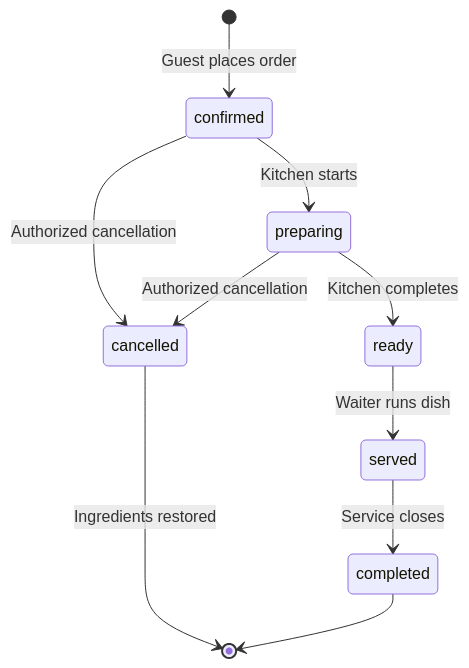
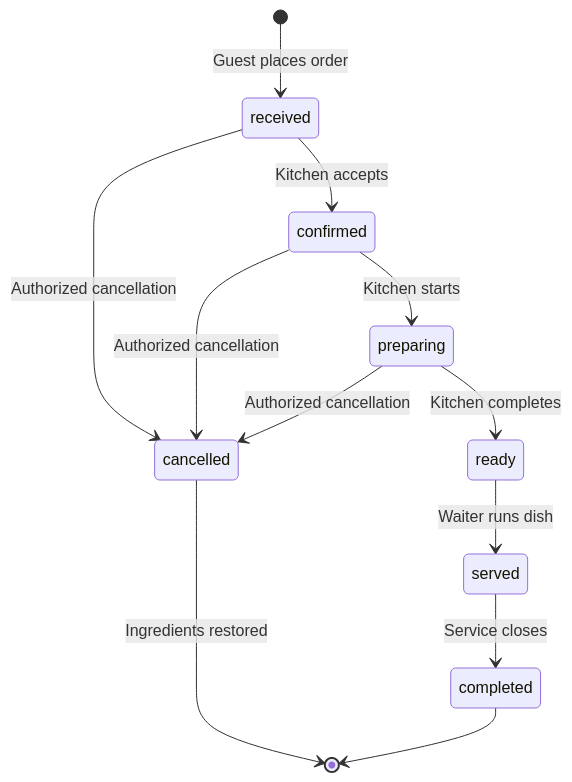
One commit to abhinav-codes123/Vibeathon changed the second of 3 diagrams in docs/ARCHITECTURE.md. Above: the diagram before and after it, drawn with Mermaid. The commit also changed other lines of this file and 9 other files, not shown here.

````diff
--- a/docs/ARCHITECTURE.md
+++ b/docs/ARCHITECTURE.md
@@ -33,12 +33,14 @@
 ```mermaid
 stateDiagram-v2
-  [*] --> confirmed: Guest places order
+  [*] --> received: Guest places order
+  received --> confirmed: Kitchen accepts
   confirmed --> preparing: Kitchen starts
   preparing --> ready: Kitchen completes
   ready --> served: Waiter runs dish
   served --> completed: Service closes
+  received --> cancelled: Authorized cancellation
   confirmed --> cancelled: Authorized cancellation
   preparing --> cancelled: Authorized cancellation
   cancelled --> [*]: Ingredients restored
   completed --> [*]
 ```
````
